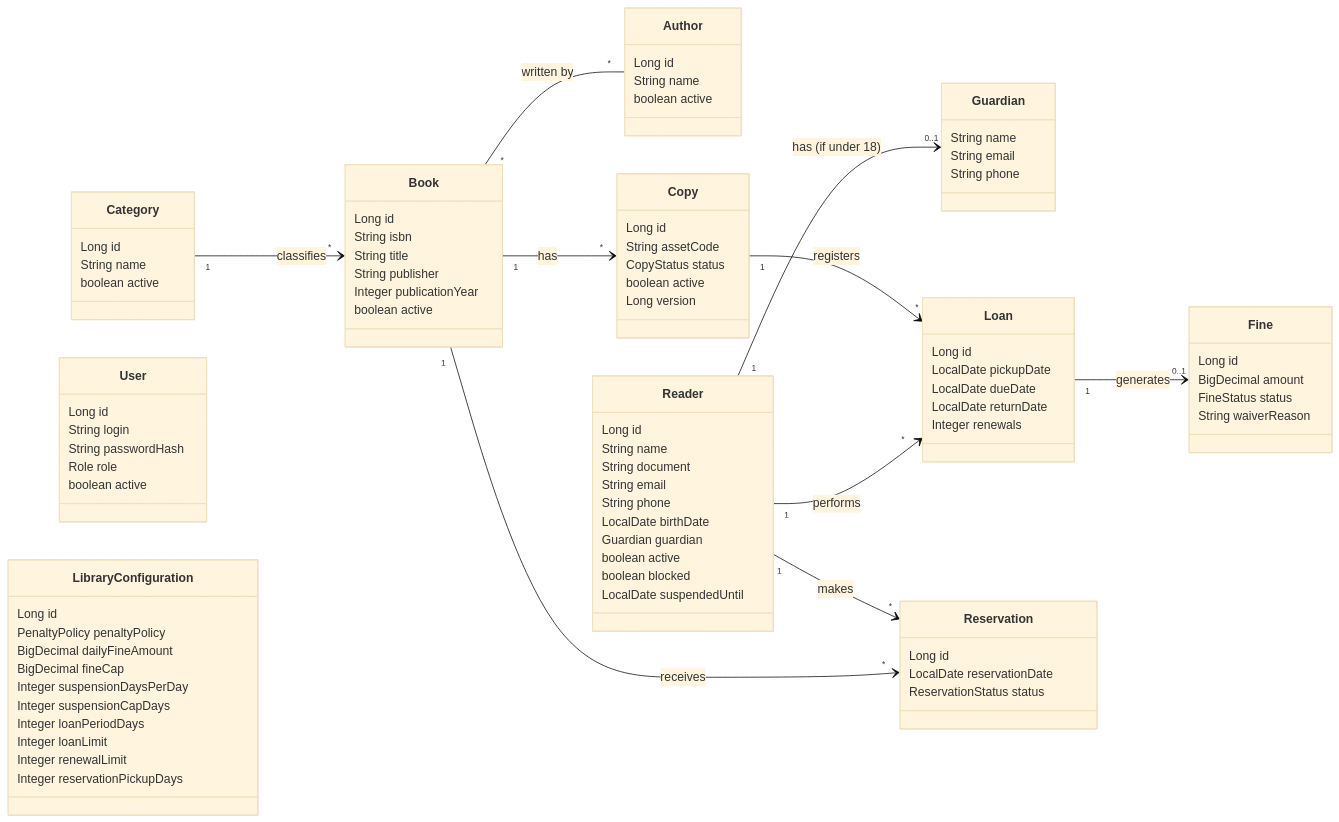
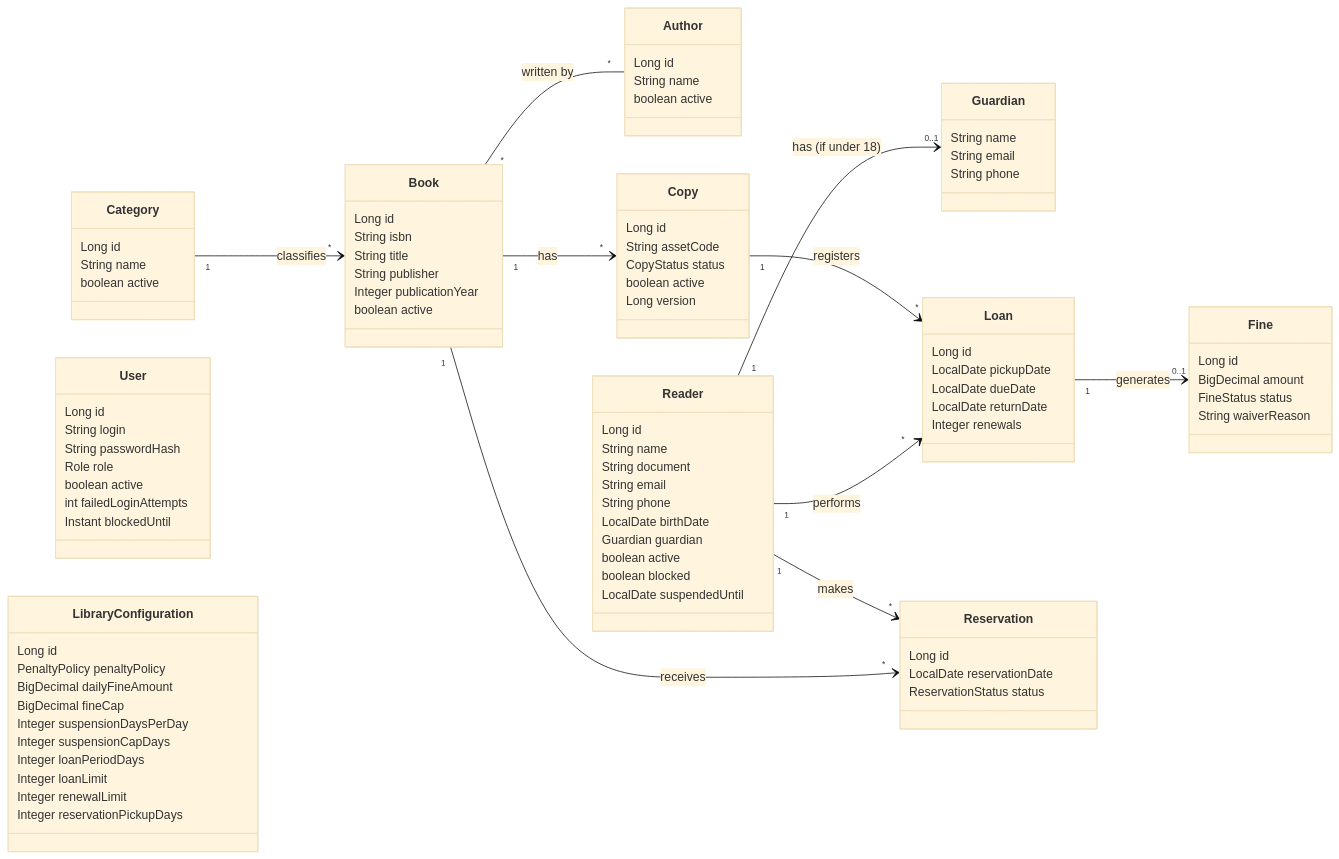
The diagram in docs/diagramas.md (Riverfount/BooksManager), drawn with Mermaid (base theme) before and after one commit. The commit also changed 23 other files, not shown here.

```diff
--- a/docs/diagramas.md
+++ b/docs/diagramas.md
@@ -73,6 +73,8 @@
         String passwordHash
         Role role
         boolean active
+        int failedLoginAttempts
+        Instant blockedUntil
     }
     class LibraryConfiguration {
         Long id
```
